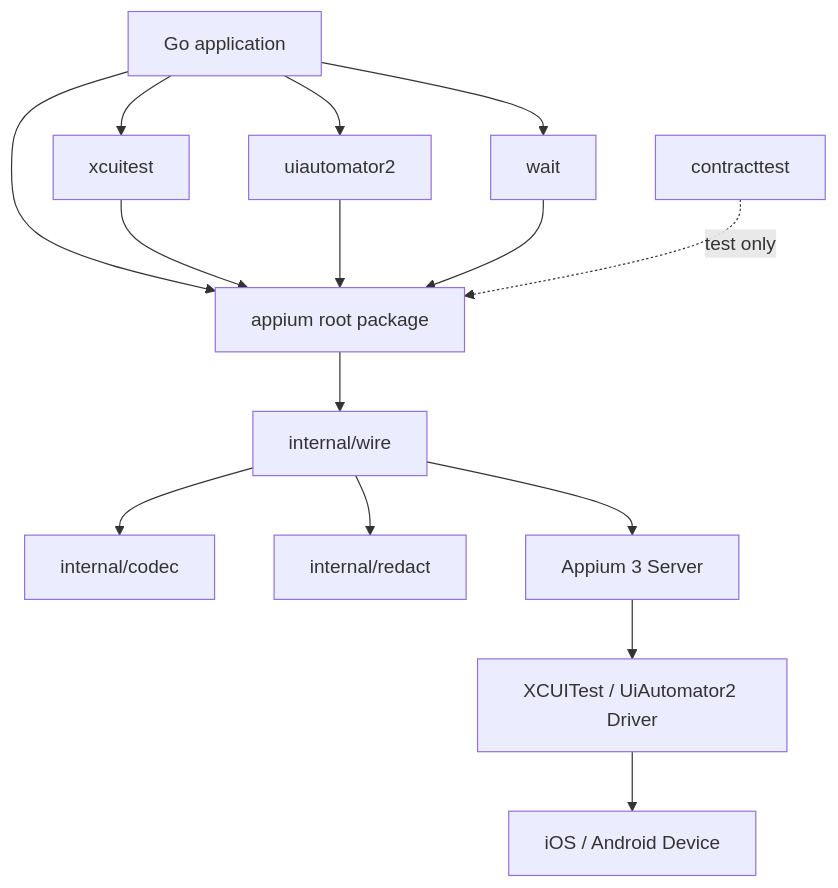
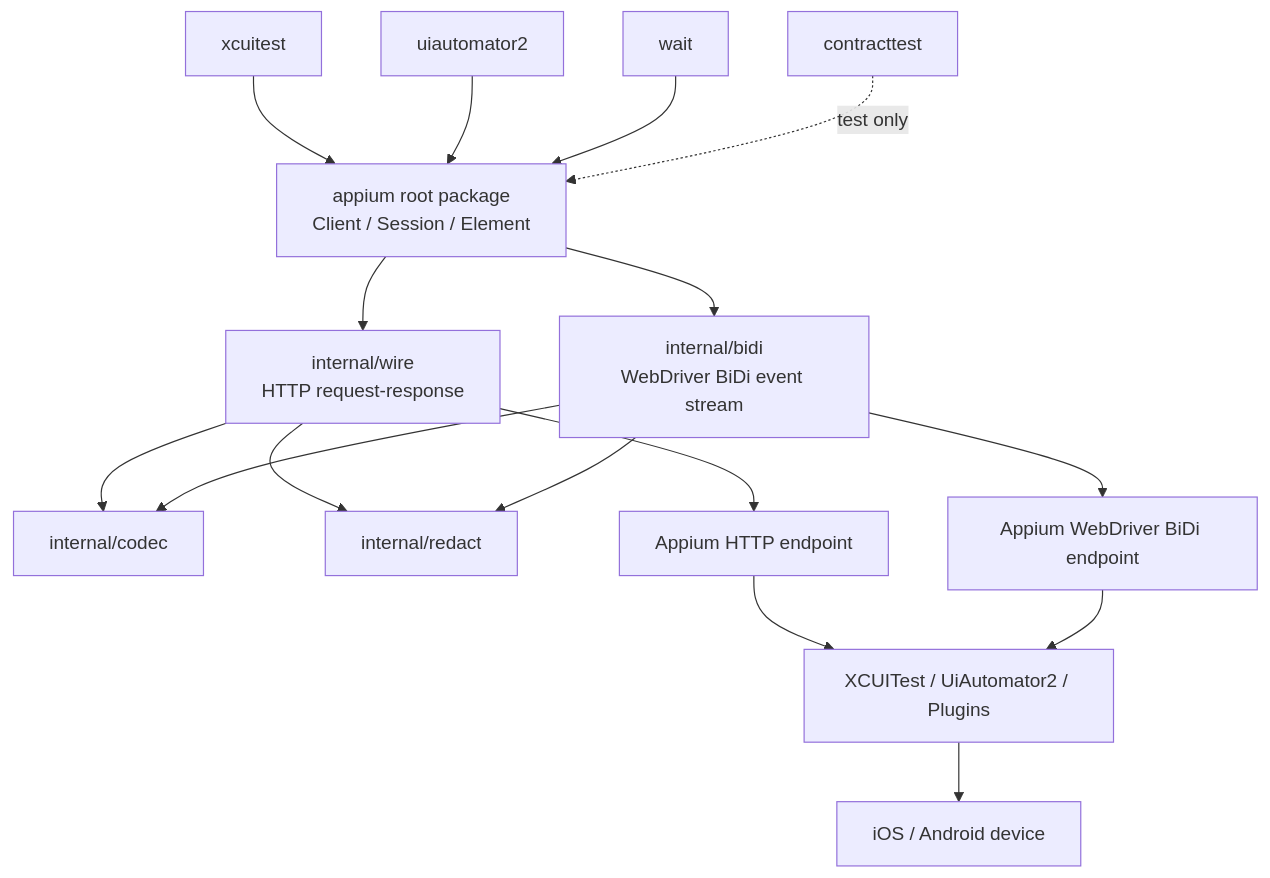
Before and after one commit to xieliangji/soluna-appium-client: the second of 2 diagrams in docs/architecture.md, drawn with Mermaid. The commit also changed other lines of this file and 2 other files, not shown here.

Commit message:
docs: separate architecture from sdk design

````diff
--- a/docs/architecture.md
+++ b/docs/architecture.md
@@ -67,37 +82,38 @@
 ```mermaid
 flowchart TB
-    Consumer[Go application]
+    Root[appium root package<br/>Client / Session / Element]
 
-    Root[appium root package]
     XCUI[xcuitest]
     UIA[uiautomator2]
     Wait[wait]
     Contract[contracttest]
 
-    Wire[internal/wire]
+    Wire[internal/wire<br/>HTTP request-response]
+    BiDi[internal/bidi<br/>WebDriver BiDi event stream]
     Codec[internal/codec]
     Redact[internal/redact]
 
-    Server[Appium 3 Server]
-    Driver[XCUITest / UiAutomator2 Driver]
-    Device[iOS / Android Device]
-
-    Consumer --> Root
-    Consumer --> XCUI
-    Consumer --> UIA
-    Consumer --> Wait
+    HTTP[Appium HTTP endpoint]
+    WS[Appium WebDriver BiDi endpoint]
+    Driver[XCUITest / UiAutomator2 / Plugins]
+    Device[iOS / Android device]
 
     XCUI --> Root
     UIA --> Root
     Wait --> Root
 
     Root --> Wire
+    Root --> BiDi
     Wire --> Codec
     Wire --> Redact
-    Wire --> Server
+    BiDi --> Codec
+    BiDi --> Redact
 
-    Server --> Driver
+    Wire --> HTTP
+    BiDi --> WS
+    HTTP --> Driver
+    WS --> Driver
     Driver --> Device
 
     Contract -. test only .-> Root
 ```
````
